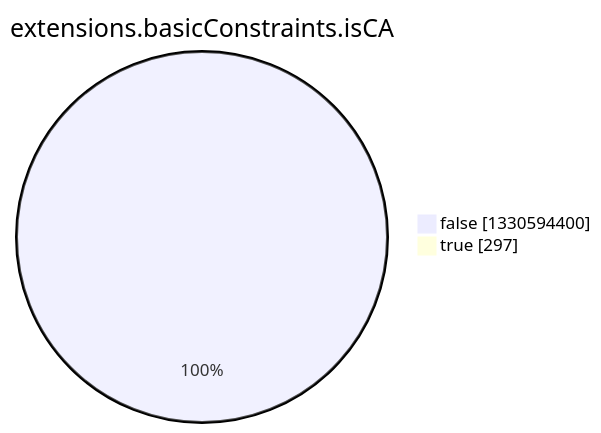
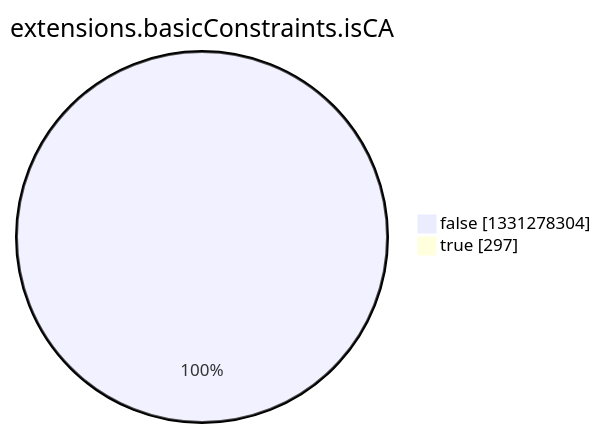
Before and after one commit to christiankrug/ctmonitor_visualization: the eighth of 15 diagrams in argon2022/README.md, drawn with Mermaid. The commit also changed other lines of this file, not shown here.

````diff
--- a/argon2022/README.md
+++ b/argon2022/README.md
@@ -2758,6 +2758,6 @@
 ```mermaid
 pie showData
 title extensions.basicConstraints.isCA
-"false" :1330594400
+"false" :1331278304
 "true" :297
 ```
````
